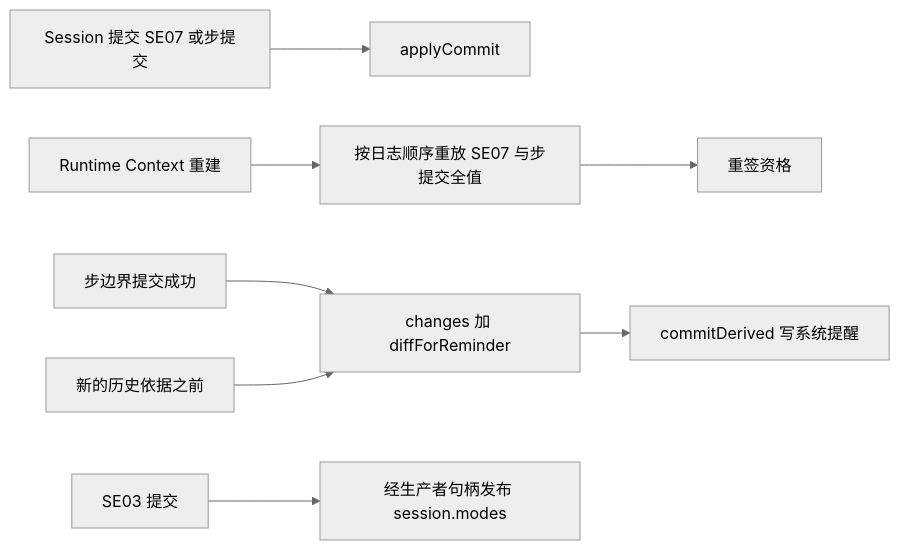
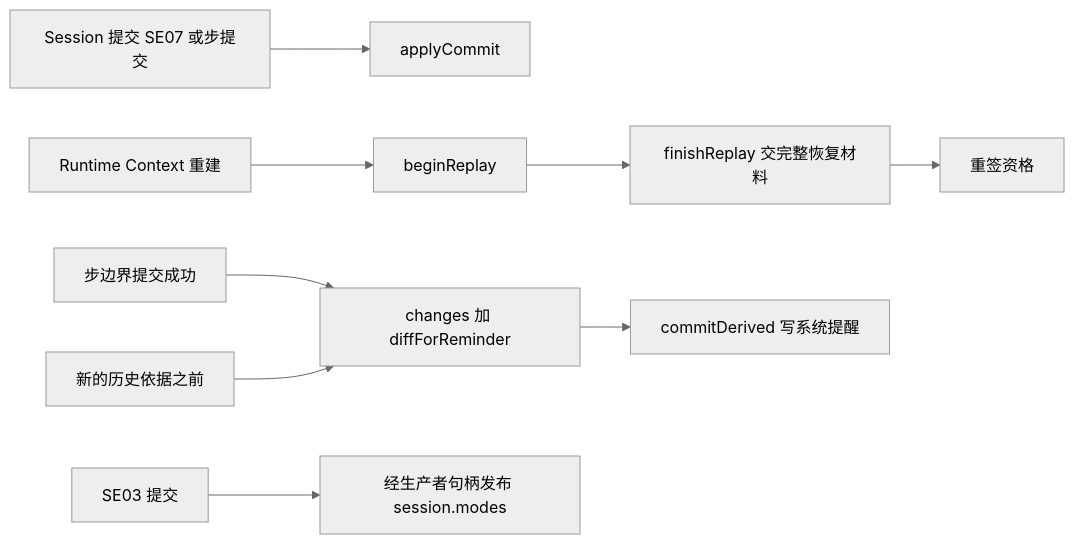
Before and after one commit to nemori-ai/omne-harness-lite: the second of 5 diagrams in packages/session/session-adapters/docs/flows.md, drawn with Mermaid (neutral theme). The commit also changed other lines of this file and 10 other files, not shown here.

First line of the commit message:
docs: Runtime Context、执行环境与 Session 被替代协议的说明页跟随现行形状 (#760)

````diff
--- a/packages/session/session-adapters/docs/flows.md
+++ b/packages/session/session-adapters/docs/flows.md
@@ -47,9 +47,9 @@
 ```mermaid
 flowchart LR
   Commit[Session 提交 SE07 或步提交] --> Apply[applyCommit]
-  Rebuild[Runtime Context 重建] --> Replay[按日志顺序重放 SE07 与步提交全值] --> Reissue[重签资格]
+  Rebuild[Runtime Context 重建] --> Begin[beginReplay] --> Finish[finishReplay 交完整恢复材料] --> Reissue[重签资格]
   Step[步边界提交成功] --> Pull[changes 加 diffForReminder]
   Basis[新的历史依据之前] --> Pull
   Pull --> Reminder[commitDerived 写系统提醒]
   Modes[SE03 提交] --> Publish[经生产者句柄发布 session.modes]
 ```
````
